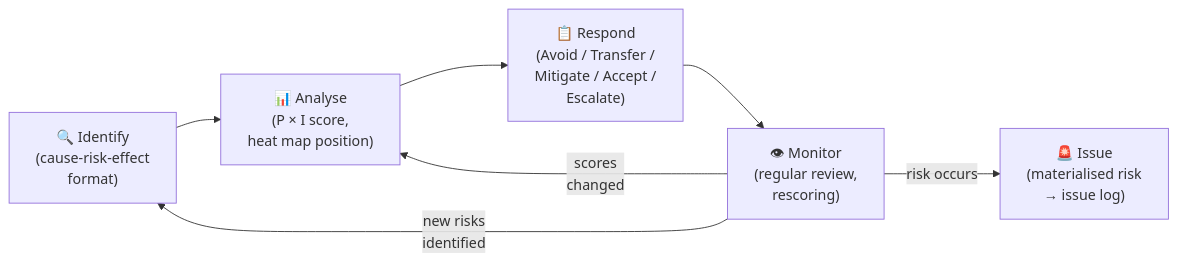
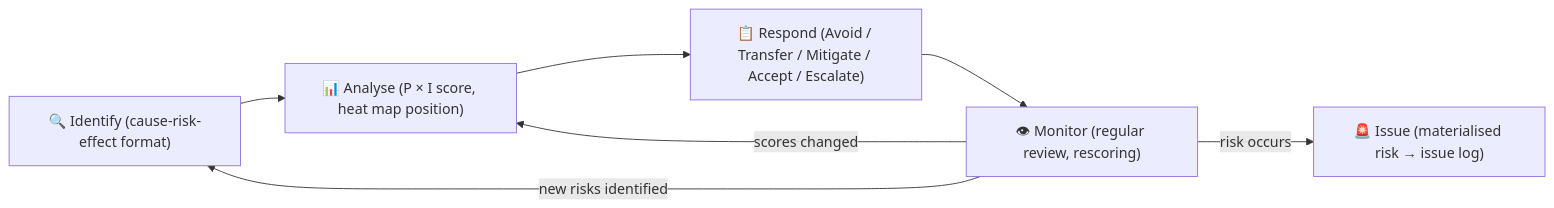
The second of 4 diagrams in modules/11-risk-management.md (UncleJS/course_projectManagement), drawn with Mermaid before and after one commit. The commit also changed other lines of this file and 16 other files, not shown here.

Commit message:
Fix Mermaid rendering: remove literal \n from all diagram labels; quote unquoted & in flowchart nodes

````diff
--- a/modules/11-risk-management.md
+++ b/modules/11-risk-management.md
@@ -193,12 +193,12 @@
 ```mermaid
 flowchart LR
-    ID["🔍 Identify\n(cause-risk-effect\nformat)"]
-    AN["📊 Analyse\n(P × I score,\nheat map position)"]
-    RS["📋 Respond\n(Avoid / Transfer /\nMitigate / Accept /\nEscalate)"]
-    MO["👁 Monitor\n(regular review,\nrescoring)"]
-    IS["🚨 Issue\n(materialised risk\n→ issue log)"]
+    ID["🔍 Identify (cause-risk-effect format)"]
+    AN["📊 Analyse (P × I score, heat map position)"]
+    RS["📋 Respond (Avoid / Transfer / Mitigate / Accept / Escalate)"]
+    MO["👁 Monitor (regular review, rescoring)"]
+    IS["🚨 Issue (materialised risk → issue log)"]
     ID --> AN --> RS --> MO
-    MO -->|"new risks\nidentified"| ID
+    MO -->|"new risks identified"| ID
     MO -->|"risk occurs"| IS
-    MO -->|"scores\nchanged"| AN
+    MO -->|"scores changed"| AN
 ```
````
